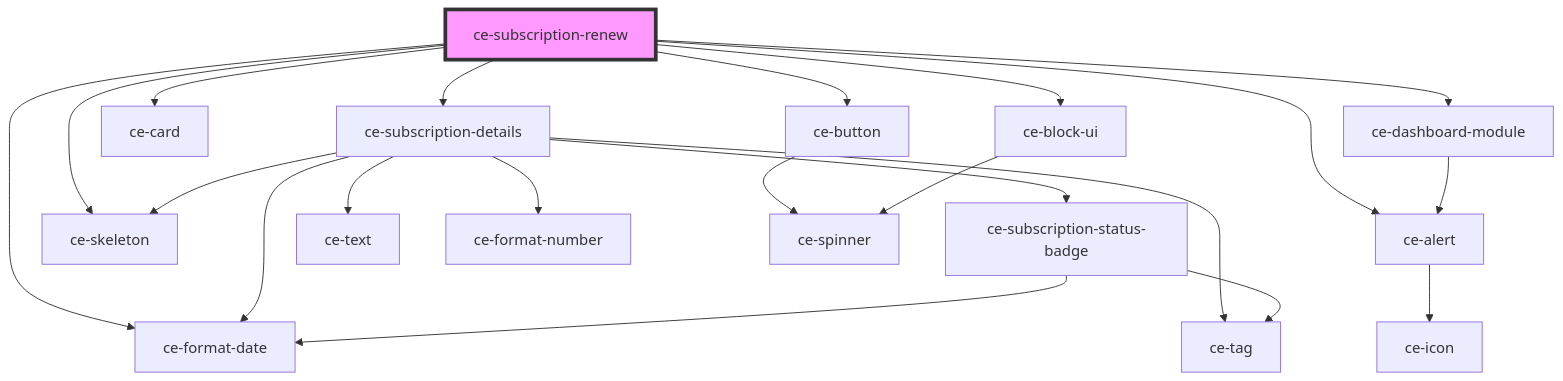
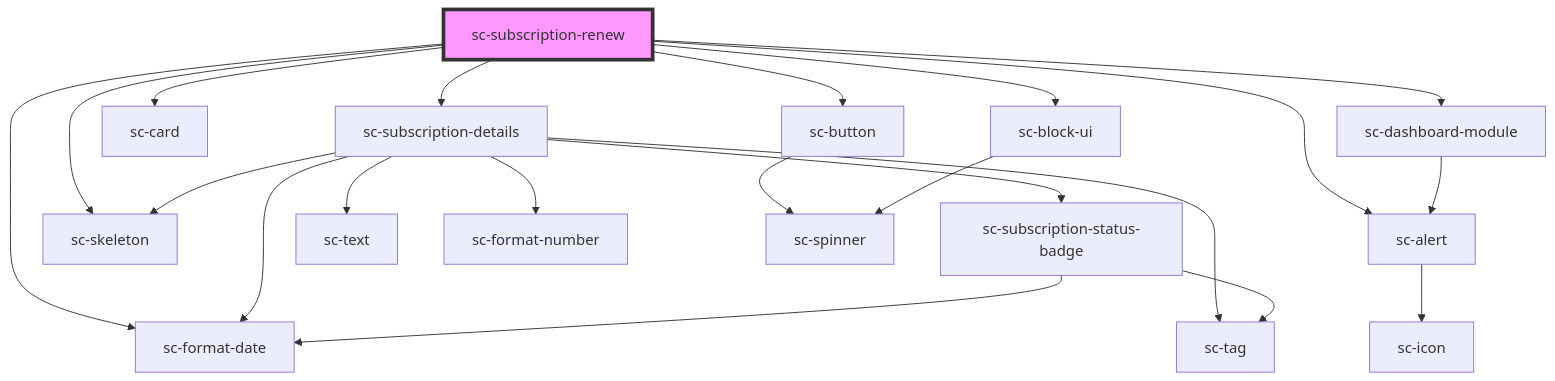
Before and after one commit to surecart/surecart-wp-plugin: the diagram in packages/components/src/components/controllers/dashboard/subscription-renew/readme.md, drawn with Mermaid. The commit also changed other lines of this file and 1281 other files, not shown here.

````diff
--- a/packages/components/src/components/controllers/dashboard/subscription-renew/readme.md
+++ b/packages/components/src/components/controllers/dashboard/subscription-renew/readme.md
@@ -33,24 +33,24 @@
 ```mermaid
 graph TD;
-  ce-subscription-renew --> ce-subscription-details
-  ce-subscription-renew --> ce-alert
-  ce-subscription-renew --> ce-format-date
-  ce-subscription-renew --> ce-skeleton
-  ce-subscription-renew --> ce-dashboard-module
-  ce-subscription-renew --> ce-card
-  ce-subscription-renew --> ce-button
-  ce-subscription-renew --> ce-block-ui
-  ce-subscription-details --> ce-subscription-status-badge
-  ce-subscription-details --> ce-format-date
-  ce-subscription-details --> ce-skeleton
-  ce-subscription-details --> ce-text
-  ce-subscription-details --> ce-tag
-  ce-subscription-details --> ce-format-number
-  ce-subscription-status-badge --> ce-format-date
-  ce-subscription-status-badge --> ce-tag
-  ce-alert --> ce-icon
-  ce-dashboard-module --> ce-alert
-  ce-button --> ce-spinner
-  ce-block-ui --> ce-spinner
-  style ce-subscription-renew fill:#f9f,stroke:#333,stroke-width:4px
+  sc-subscription-renew --> sc-subscription-details
+  sc-subscription-renew --> sc-alert
+  sc-subscription-renew --> sc-format-date
+  sc-subscription-renew --> sc-skeleton
+  sc-subscription-renew --> sc-dashboard-module
+  sc-subscription-renew --> sc-card
+  sc-subscription-renew --> sc-button
+  sc-subscription-renew --> sc-block-ui
+  sc-subscription-details --> sc-subscription-status-badge
+  sc-subscription-details --> sc-format-date
+  sc-subscription-details --> sc-skeleton
+  sc-subscription-details --> sc-text
+  sc-subscription-details --> sc-tag
+  sc-subscription-details --> sc-format-number
+  sc-subscription-status-badge --> sc-format-date
+  sc-subscription-status-badge --> sc-tag
+  sc-alert --> sc-icon
+  sc-dashboard-module --> sc-alert
+  sc-button --> sc-spinner
+  sc-block-ui --> sc-spinner
+  style sc-subscription-renew fill:#f9f,stroke:#333,stroke-width:4px
 ```
````
